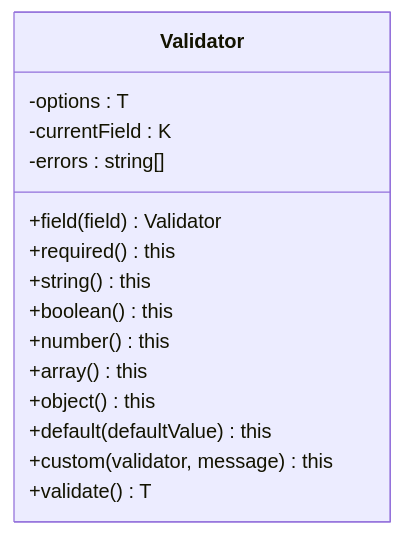
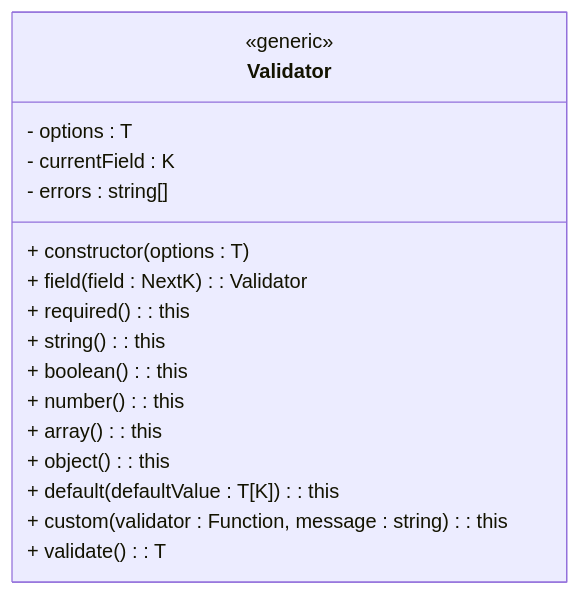
The fourth of 5 diagrams in .qoder/repowiki/zh/content/工具模块/对象工具.md (MengXi-Studio/vite-plugin), drawn with Mermaid before and after one commit. The commit also changed other lines of this file and 8 other files, not shown here.

````diff
--- a/.qoder/repowiki/zh/content/工具模块/对象工具.md
+++ b/.qoder/repowiki/zh/content/工具模块/对象工具.md
@@ -193,18 +241,20 @@
 ```mermaid
 classDiagram
 class Validator {
--options : T
--currentField : K
--errors : string[]
-+field(field) Validator
-+required() this
-+string() this
-+boolean() this
-+number() this
-+array() this
-+object() this
-+default(defaultValue) this
-+custom(validator, message) this
-+validate() T
+<<generic>>
+- options : T
+- currentField : K
+- errors : string[]
++ constructor(options : T)
++ field(field : NextK) : Validator
++ required() : this
++ string() : this
++ boolean() : this
++ number() : this
++ array() : this
++ object() : this
++ default(defaultValue : T[K]) : this
++ custom(validator : Function, message : string) : this
++ validate() : T
 }
 ```
````
